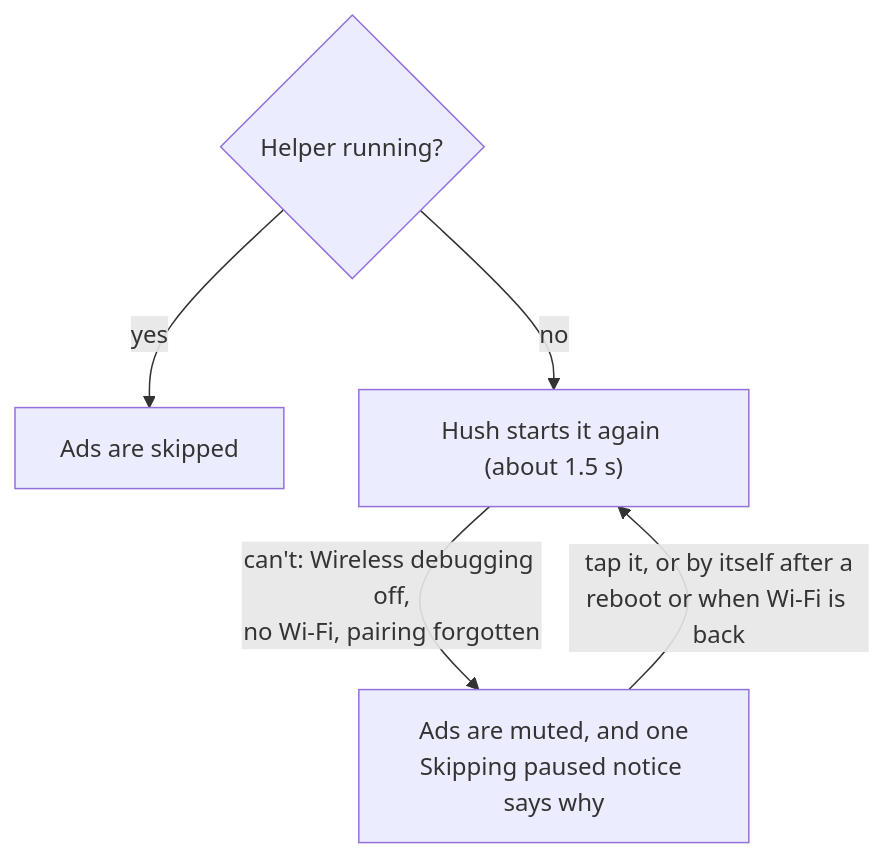
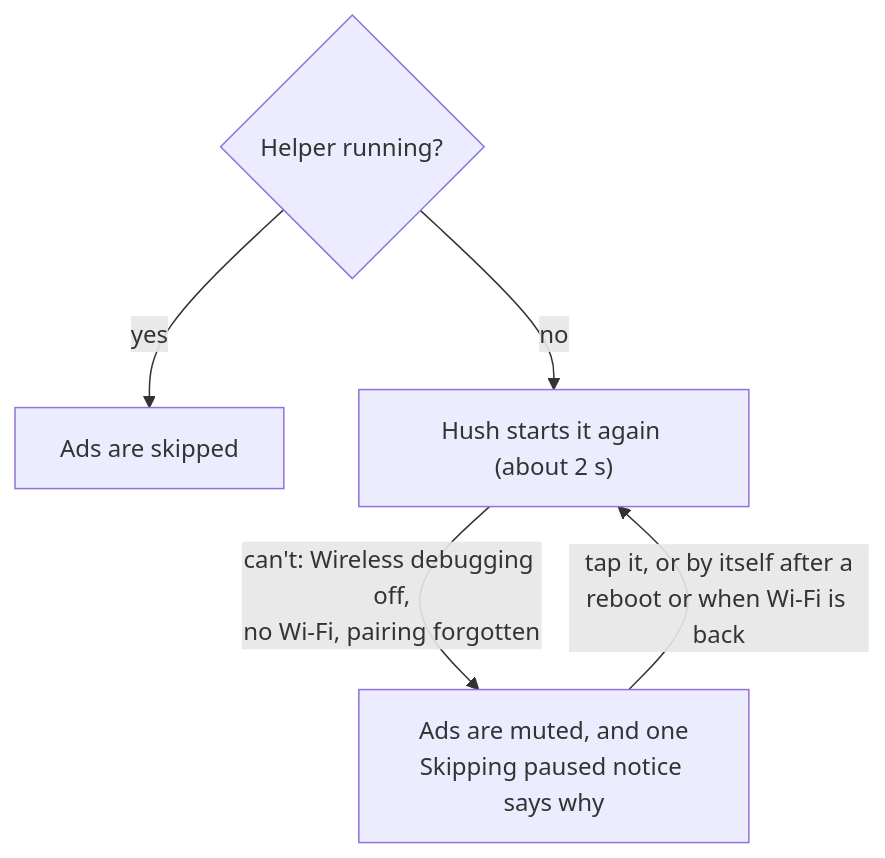
Before and after one commit to coldMEW/Hush: the third of 3 diagrams in README.md, drawn with Mermaid. The commit also changed other lines of this file and 27 other files, not shown here.

````diff
--- a/README.md
+++ b/README.md
@@ -81,7 +253,7 @@
 ```mermaid
 flowchart TD
     X{"Helper running?"} -->|yes| S["Ads are skipped"]
-    X -->|no| R["Hush starts it again (about 1.5 s)"]
+    X -->|no| R["Hush starts it again (about 2 s)"]
     R -->|"can't: Wireless debugging off,<br/>no Wi-Fi, pairing forgotten"| M["Ads are muted, and one<br/>Skipping paused notice says why"]
     M -->|"tap it, or by itself after a<br/>reboot or when Wi-Fi is back"| R
 ```
````
